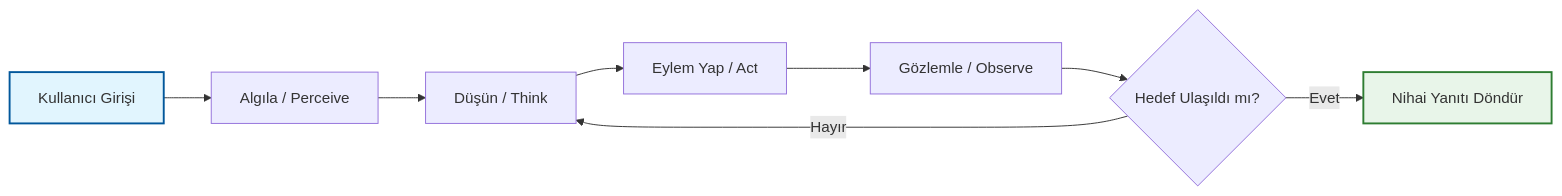
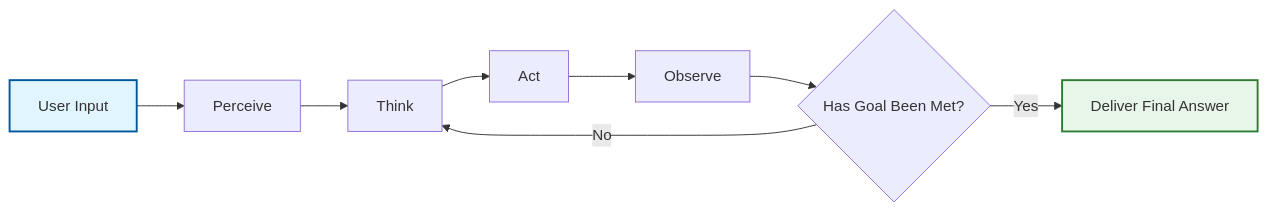
The first of 2 diagrams in README.md (Flynntaggart26/ai-agents-learning-repo), drawn with Mermaid before and after one commit. The commit also changed other lines of this file, not shown here.

Commit message:
docs: update README to English with diagrams and badges

````diff
--- a/README.md
+++ b/README.md
@@ -23,12 +25,12 @@
 ```mermaid
 flowchart LR
-    A[Kullanıcı Girişi] --> B[Algıla / Perceive]
-    B --> C[Düşün / Think]
-    C --> D[Eylem Yap / Act]
-    D --> E[Gözlemle / Observe]
-    E --> F{Hedef Ulaşıldı mı?}
-    F -->|Hayır| C
-    F -->|Evet| G[Nihai Yanıtı Döndür]
+    A[User Input] --> B[Perceive]
+    B --> C[Think]
+    C --> D[Act]
+    D --> E[Observe]
+    E --> F{Has Goal Been Met?}
+    F -->|No| C
+    F -->|Yes| G[Deliver Final Answer]
     style A fill:#e1f5fe,stroke:#01579b,stroke-width:2px
     style G fill:#e8f5e9,stroke:#2e7d32,stroke-width:2px
 ```
````
